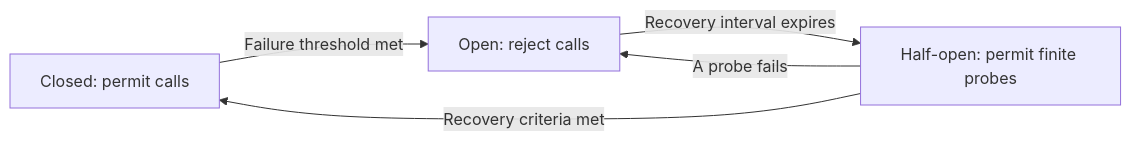
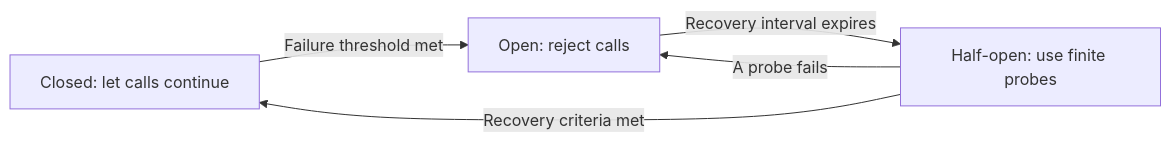
The diagram in docs/principles/details/p043-circuit-breakers.md (HomericIntelligence/Athena), drawn with Mermaid before and after one commit. The commit also changed other lines of this file and 91 other files, not shown here.

````diff
--- a/docs/principles/details/p043-circuit-breakers.md
+++ b/docs/principles/details/p043-circuit-breakers.md
@@ -40,7 +42,7 @@
 ```mermaid
 flowchart LR
-    A["Closed: permit calls"] -->|"Failure threshold met"| B["Open: reject calls"]
-    B -->|"Recovery interval expires"| C["Half-open: permit finite probes"]
+    A["Closed: let calls continue"] -->|"Failure threshold met"| B["Open: reject calls"]
+    B -->|"Recovery interval expires"| C["Half-open: use finite probes"]
     C -->|"Recovery criteria met"| A
     C -->|"A probe fails"| B
 ```
````
